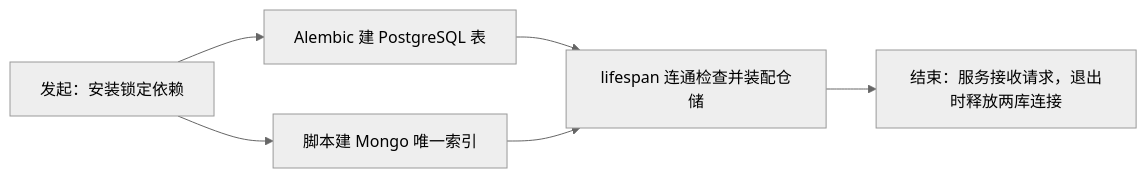
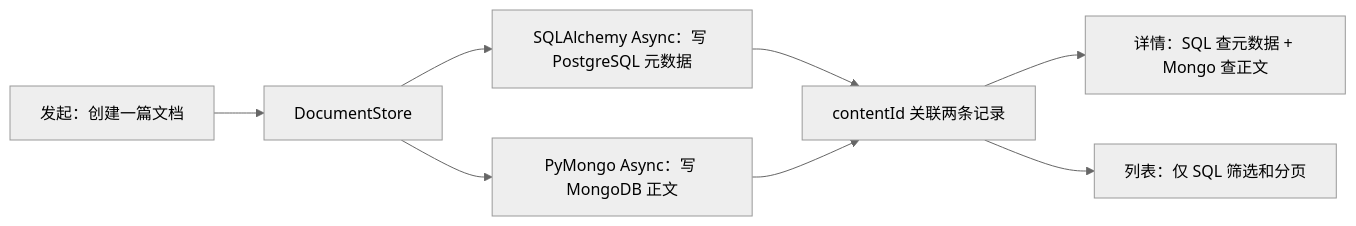
Before and after one commit to ZKshun/knowledge-hub-fastapi: the third of 5 diagrams in docs/versions/v1/implementation-flow-report.md, drawn with Mermaid (neutral theme). The commit also changed other lines of this file and 6 other files, not shown here.

Commit message:
docs(v1): teach FastAPI document service flow

````diff
--- a/docs/versions/v1/implementation-flow-report.md
+++ b/docs/versions/v1/implementation-flow-report.md
@@ -106,8 +111,10 @@
 ```mermaid
 flowchart LR
-    A["发起：安装锁定依赖"] --> B["Alembic 建 PostgreSQL 表"]
-    A --> C["脚本建 Mongo 唯一索引"]
-    B --> D["lifespan 连通检查并装配仓储"]
-    C --> D
-    D --> E["结束：服务接收请求，退出时释放两库连接"]
+    A["发起：创建一篇文档"] --> B["DocumentStore"]
+    B --> C["SQLAlchemy Async：写 PostgreSQL 元数据"]
+    B --> D["PyMongo Async：写 MongoDB 正文"]
+    C --> E["contentId 关联两条记录"]
+    D --> E
+    E --> F["详情：SQL 查元数据 + Mongo 查正文"]
+    E --> G["列表：仅 SQL 筛选和分页"]
 ```
````
